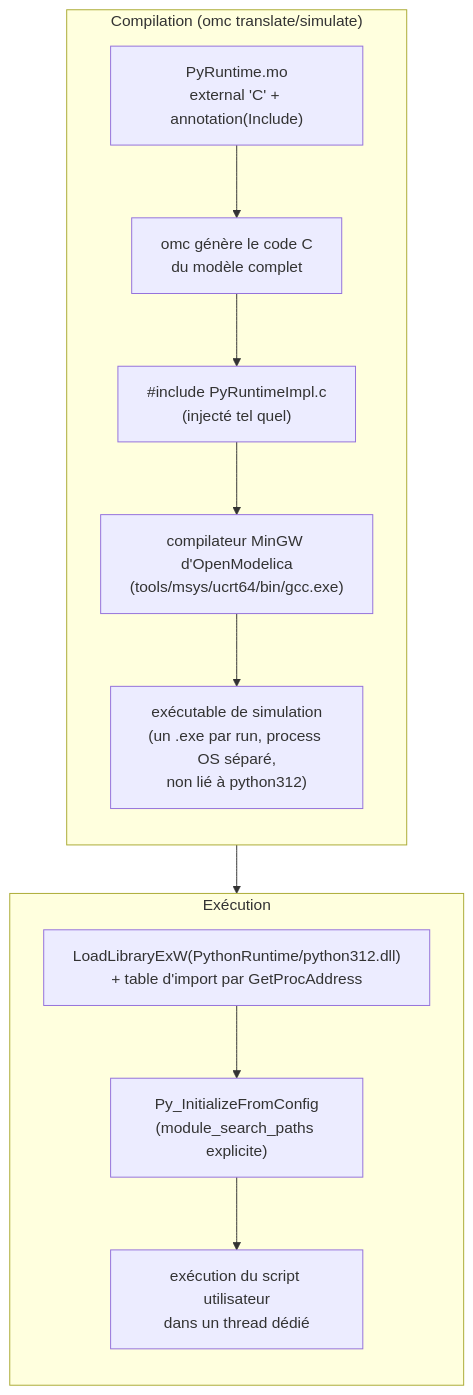
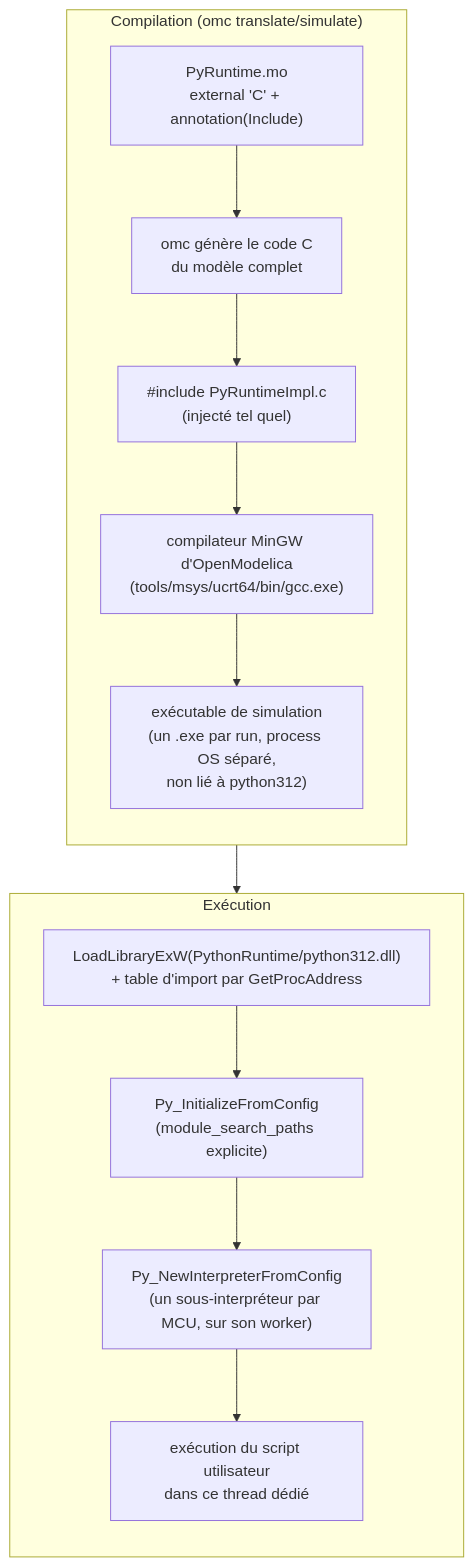
The first of 3 diagrams in docs/fr/interne/integration-python.md (bdelaup/modelica_micropython), drawn with Mermaid before and after one commit. The commit also changed other lines of this file and 62 other files, not shown here.

````diff
--- a/docs/fr/interne/integration-python.md
+++ b/docs/fr/interne/integration-python.md
@@ -7,20 +7,21 @@
 ```mermaid
 flowchart TD
     subgraph Compilation["Compilation (omc translate/simulate)"]
         direction TB
         A["PyRuntime.mo<br/>external 'C' + annotation(Include)"]
         B["omc génère le code C<br/>du modèle complet"]
         C["#include PyRuntimeImpl.c<br/>(injecté tel quel)"]
         D["compilateur MinGW d'OpenModelica<br/>(tools/msys/ucrt64/bin/gcc.exe)"]
         F["exécutable de simulation<br/>(un .exe par run, process OS séparé,<br/>non lié à python312)"]
         A --> B --> C --> D --> F
     end
     subgraph Runtime["Exécution"]
         direction TB
         G["LoadLibraryExW(PythonRuntime/python312.dll)<br/>+ table d'import par GetProcAddress"]
         H["Py_InitializeFromConfig<br/>(module_search_paths explicite)"]
-        I["exécution du script utilisateur<br/>dans un thread dédié"]
-        G --> H --> I
+        J["Py_NewInterpreterFromConfig<br/>(un sous-interpréteur par MCU, sur son worker)"]
+        I["exécution du script utilisateur<br/>dans ce thread dédié"]
+        G --> H --> J --> I
     end
     F --> G
 ```
````
